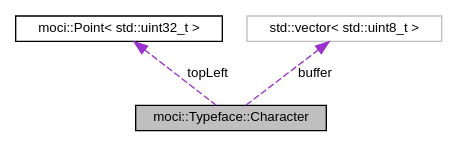
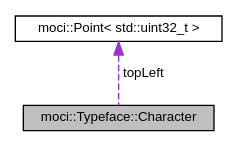
Before and after one commit to tobanteAudio/moci: the diagram in structmoci_1_1Typeface_1_1Character__coll__graph.dot, drawn with Graphviz. The commit also changed 89 other files, not shown here.

```diff
--- a/structmoci_1_1Typeface_1_1Character__coll__graph.dot
+++ b/structmoci_1_1Typeface_1_1Character__coll__graph.dot
@@ -1,11 +1,9 @@
 digraph "moci::Typeface::Character"
 {
  // INTERACTIVE_SVG=YES
   edge [fontname="Helvetica",fontsize="10",labelfontname="Helvetica",labelfontsize="10"];
   node [fontname="Helvetica",fontsize="10",shape=record];
   Node1 [label="moci::Typeface::Character",height=0.2,width=0.4,color="black", fillcolor="grey75", style="filled", fontcolor="black"];
   Node2 -> Node1 [dir="back",color="darkorchid3",fontsize="10",style="dashed",label=" topLeft" ,fontname="Helvetica"];
   Node2 [label="moci::Point\< std::uint32_t \>",height=0.2,width=0.4,color="black", fillcolor="white", style="filled",URL="$classmoci_1_1Point.html"];
-  Node3 -> Node1 [dir="back",color="darkorchid3",fontsize="10",style="dashed",label=" buffer" ,fontname="Helvetica"];
-  Node3 [label="std::vector\< std::uint8_t \>",height=0.2,width=0.4,color="grey75", fillcolor="white", style="filled"];
 }
```
